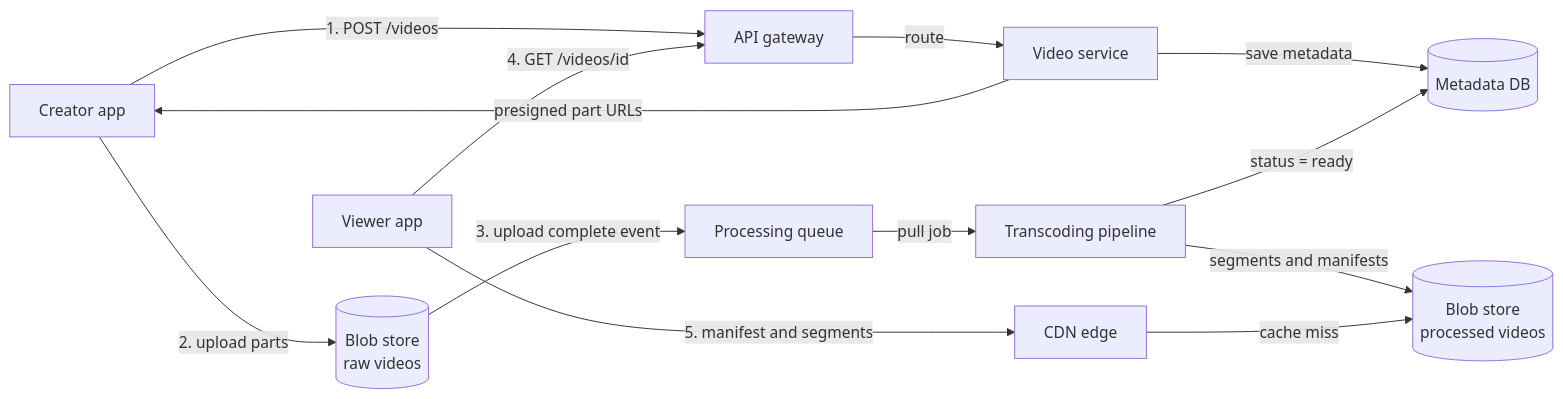
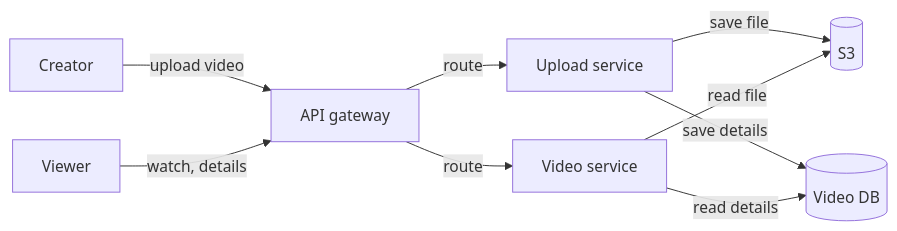
Before and after one commit to aaryan-pradhan/core-cs-fundamentals: the first of 2 diagrams in hld/27-youtube.md, drawn with Mermaid. The commit also changed other lines of this file, not shown here.

````diff
--- a/hld/27-youtube.md
+++ b/hld/27-youtube.md
@@ -88,15 +45,11 @@
 ```mermaid
 flowchart LR
-    C["Creator app"] -->|"1. POST /videos"| GW["API gateway"]
+    C["Creator"] -->|"upload video"| GW["API gateway"]
+    V["Viewer"] -->|"watch, details"| GW
+    GW -->|"route"| US["Upload service"]
     GW -->|"route"| VS["Video service"]
-    VS -->|"save metadata"| MDB[("Metadata DB")]
-    VS -->|"presigned part URLs"| C
-    C -->|"2. upload parts"| RAW[("Blob store<br/>raw videos")]
-    RAW -->|"3. upload complete event"| Q["Processing queue"]
-    Q -->|"pull job"| TP["Transcoding pipeline"]
-    TP -->|"segments and manifests"| PROC[("Blob store<br/>processed videos")]
-    TP -->|"status = ready"| MDB
-    V["Viewer app"] -->|"4. GET /videos/id"| GW
-    V -->|"5. manifest and segments"| CDN["CDN edge"]
-    CDN -->|"cache miss"| PROC
+    US -->|"save file"| S3[("S3")]
+    US -->|"save details"| DB[("Video DB")]
+    VS -->|"read details"| DB
+    VS -->|"read file"| S3
 ```
````
